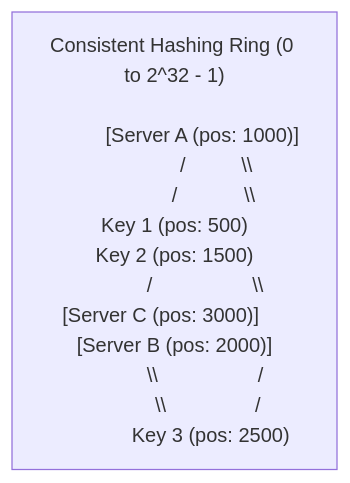
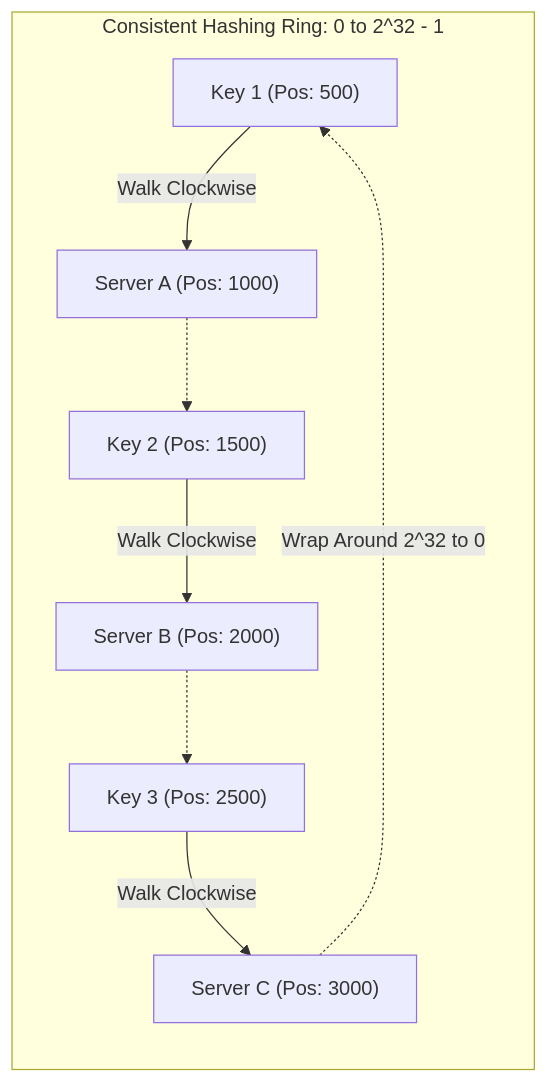
One commit to Sujalkathait/high-level-design changed the first of 2 diagrams in 04-load-balancing/consistent-hashing.md. Above: the diagram before and after it, drawn with Mermaid. The commit also changed 31 other files, not shown here.

Commit message:
fix(mermaid): quote all diagram node labels, cylinder shapes, and subgraphs for flawless GitHub rendering

````diff
--- a/04-load-balancing/consistent-hashing.md
+++ b/04-load-balancing/consistent-hashing.md
@@ -28,4 +28,12 @@
 ```mermaid
 flowchart TD
-    Ring["Consistent Hashing Ring (0 to 2^32 - 1)\n\n          [Server A (pos: 1000)]\n               /          \\\n              /            \\\n      Key 1 (pos: 500)      Key 2 (pos: 1500)\n           /                  \\\n[Server C (pos: 3000)]     [Server B (pos: 2000)]\n           \\                  /\n            \\                /\n             Key 3 (pos: 2500)"]
+    subgraph HashRing ["Consistent Hashing Ring: 0 to 2^32 - 1"]
+        direction TB
+        Key1["Key 1 (Pos: 500)"] -->|Walk Clockwise| ServerA["Server A (Pos: 1000)"]
+        ServerA -.-> Key2["Key 2 (Pos: 1500)"]
+        Key2 -->|Walk Clockwise| ServerB["Server B (Pos: 2000)"]
+        ServerB -.-> Key3["Key 3 (Pos: 2500)"]
+        Key3 -->|Walk Clockwise| ServerC["Server C (Pos: 3000)"]
+        ServerC -.->|Wrap Around 2^32 to 0| Key1
+    end
 ```
````
